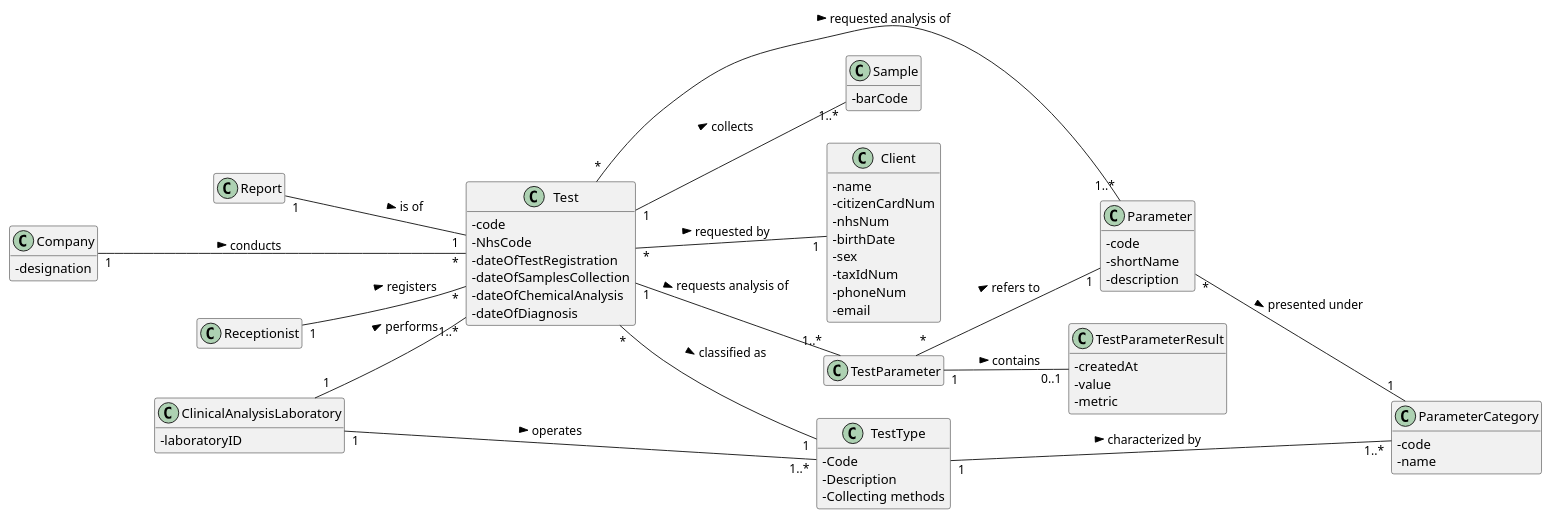
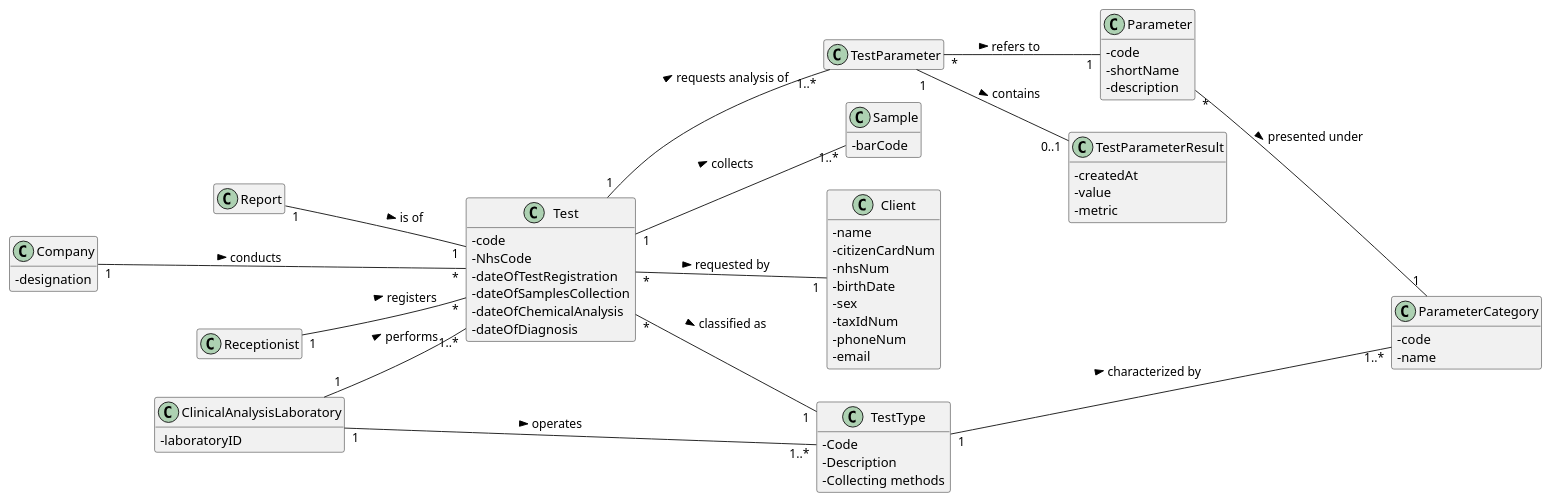
Before and after one commit to ana-albergaria/LAPR2-ISEP: the diagram in docs/SprintC/US_4/US4_DM.puml, drawn with PlantUML. The commit also changed 2 other files, not shown here.

```diff
--- a/docs/SprintC/US_4/US4_DM.puml
+++ b/docs/SprintC/US_4/US4_DM.puml
@@ -1,78 +1,77 @@
 @startuml
 
 left to right direction
 skinparam classAttributeIconSize 0
 hide empty methods
 hide empty attributes
 
 class Test{
 - code
 - NhsCode
 - dateOfTestRegistration
 - dateOfSamplesCollection
 - dateOfChemicalAnalysis
 - dateOfDiagnosis
 }
 
 class Company {
 -designation
 }
 
 class ParameterCategory{
   -code
   -name
 }
 
 class Receptionist{}
 
 class Sample{
 - barCode
 }
 
 class Client{
 - name
 - citizenCardNum
 - nhsNum
 - birthDate
 - sex
 - taxIdNum
 - phoneNum
 - email
 }
 class TestParameter{}
 class TestParameterResult{
 - createdAt
 - value
 - metric
 }
 class TestType{
 - Code
 - Description
 - Collecting methods
 }
 
 class Parameter{
 - code
 - shortName
 - description
 }
 
 class ClinicalAnalysisLaboratory{
 - laboratoryID
 }
 
 Test "*" -- "1" TestType : classified as >
 Report "1" -- "1" Test : is of >
 Test "*" -- "1" Client : requested by >
-Test "*" -- "1..*" Parameter : requested analysis of >
 Receptionist "1" -- "*" Test : registers >
 Parameter "*" -- "1" ParameterCategory: presented under >
 TestType "1" -- "1..*" ParameterCategory : characterized by >
 Test "1" -- "1..*" Sample : collects >
 Test "1" -- "1..*" TestParameter : requests analysis of >
 TestParameter "*" -- "1" Parameter : refers to >
 TestParameter "1" -- "0..1" TestParameterResult : contains >
 ClinicalAnalysisLaboratory "1" -- "1..*" TestType : operates >
 ClinicalAnalysisLaboratory "1" -- "1..*" Test : performs >
 Company "1" --- "*" Test : conducts >
 @enduml
```
